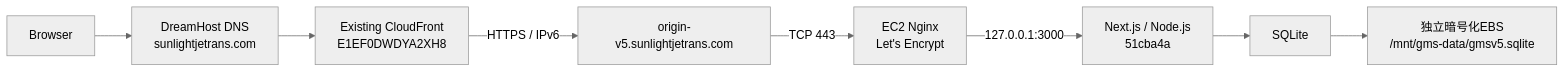
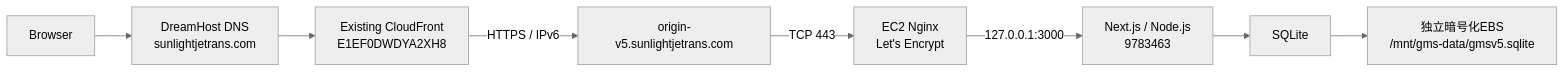
Before and after one commit to 1716964609/GMSv5: the first of 4 diagrams in docs/architecture.md, drawn with Mermaid (neutral theme). The commit also changed other lines of this file and 6 other files, not shown here.

````diff
--- a/docs/architecture.md
+++ b/docs/architecture.md
@@ -60,10 +61,10 @@
 ```mermaid
 flowchart LR
     B[Browser] --> DNS[DreamHost DNS\nsunlightjetrans.com]
     DNS --> CF[Existing CloudFront\nE1EF0DWDYA2XH8]
     CF -->|HTTPS / IPv6| ORIGIN[origin-v5.sunlightjetrans.com]
     ORIGIN -->|TCP 443| NGINX[EC2 Nginx\nLet's Encrypt]
-    NGINX -->|127.0.0.1:3000| NEXT[Next.js / Node.js\n51cba4a]
+    NGINX -->|127.0.0.1:3000| NEXT[Next.js / Node.js\n9783463]
     NEXT --> DB[SQLite]
     DB --> EBS[独立暗号化EBS\n/mnt/gms-data/gmsv5.sqlite]
 ```
````
